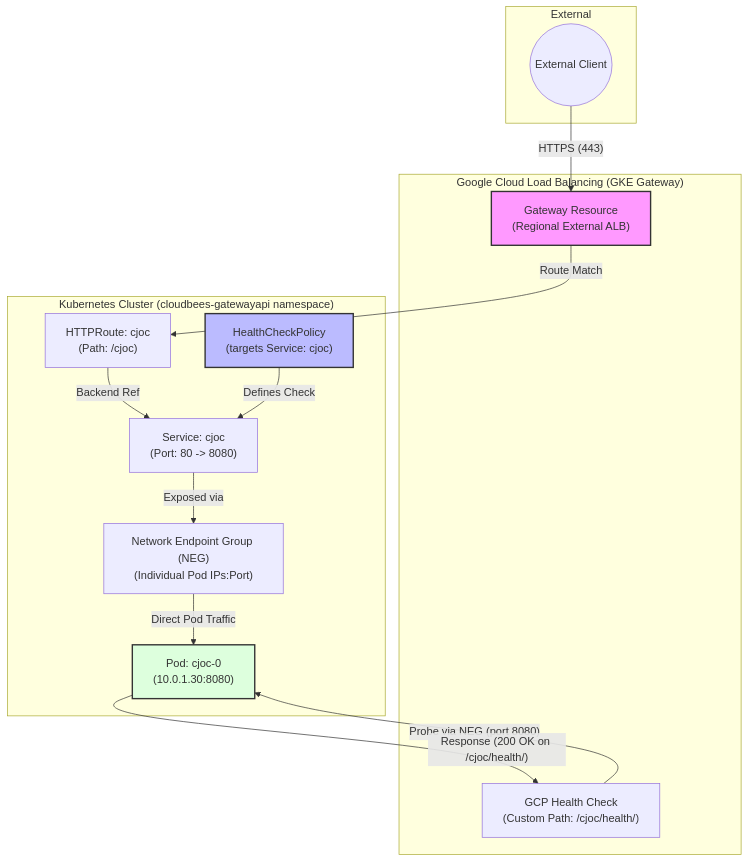
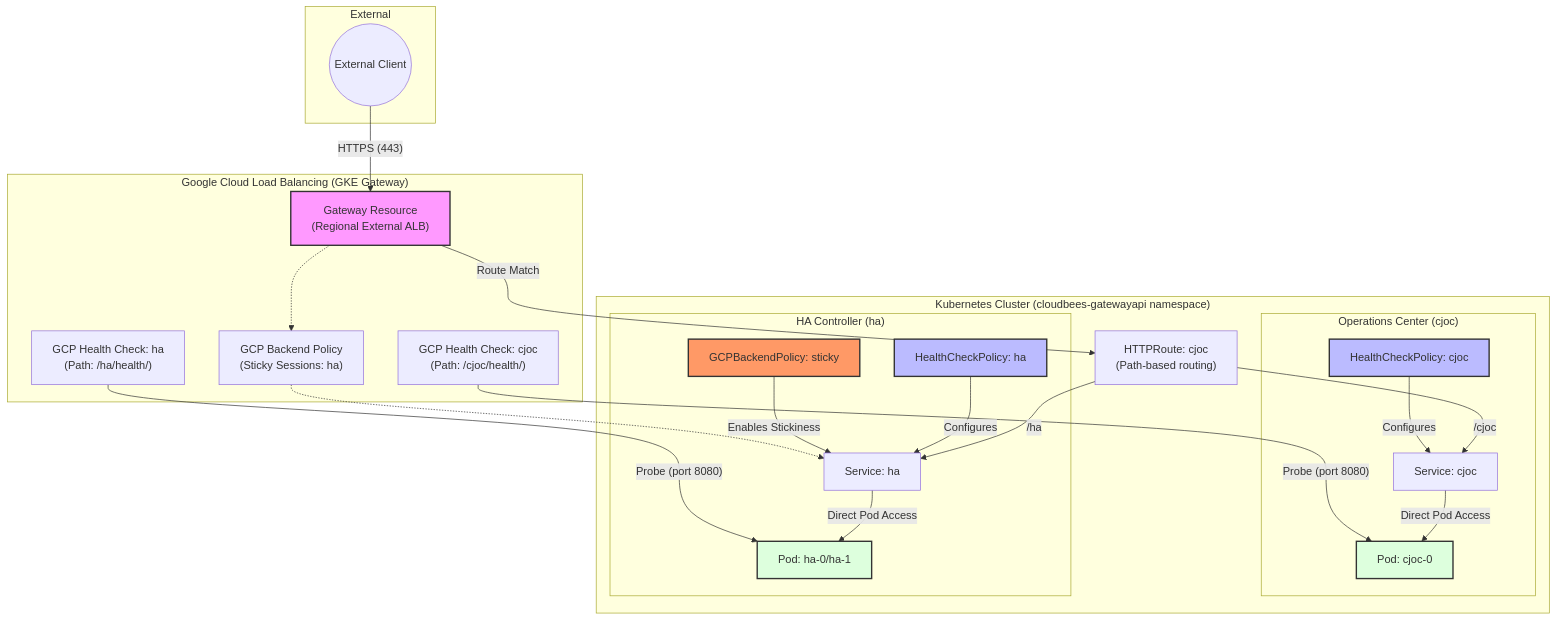
The diagram in DIAGRAM.md (cb-ci/ci-gateway-api), drawn with Mermaid before and after one commit. The commit also changed other lines of this file and 1 other file, not shown here.

````diff
--- a/DIAGRAM.md
+++ b/DIAGRAM.md
@@ -5,33 +5,55 @@
 ```mermaid
 graph TD
     subgraph External
         Client(("External Client"))
     end
 
     subgraph "Google Cloud Load Balancing (GKE Gateway)"
         Gateway["Gateway Resource<br/>(Regional External ALB)"]
-        HC["GCP Health Check<br/>(Custom Path: /cjoc/health/)"]
+        HC_CJOC["GCP Health Check: cjoc<br/>(Path: /cjoc/health/)"]
+        HC_HA["GCP Health Check: ha<br/>(Path: /ha/health/)"]
+        Sticky["GCP Backend Policy<br/>(Sticky Sessions: ha)"]
     end
 
     subgraph "Kubernetes Cluster (cloudbees-gatewayapi namespace)"
-        HTTPRoute["HTTPRoute: cjoc<br/>(Path: /cjoc)"]
-        Service["Service: cjoc<br/>(Port: 80 -> 8080)"]
-        HCPolicy["HealthCheckPolicy<br/>(targets Service: cjoc)"]
-        NEG["Network Endpoint Group (NEG)<br/>(Individual Pod IPs:Port)"]
-        Pod1["Pod: cjoc-0<br/>(10.0.1.30:8080)"]
+        HTTPRoute["HTTPRoute: cjoc<br/>(Path-based routing)"]
+        
+        subgraph "Operations Center (cjoc)"
+            Svc_CJOC["Service: cjoc"]
+            HCP_CJOC["HealthCheckPolicy: cjoc"]
+            Pod_CJOC["Pod: cjoc-0"]
+        end
+
+        subgraph "HA Controller (ha)"
+            Svc_HA["Service: ha"]
+            HCP_HA["HealthCheckPolicy: ha"]
+            GBP_HA["GCPBackendPolicy: sticky"]
+            Pod_HA["Pod: ha-0/ha-1"]
+        end
     end
 
     Client -- "HTTPS (443)" --> Gateway
     Gateway -- "Route Match" --> HTTPRoute
-    HTTPRoute -- "Backend Ref" --> Service
-    Service -- "Exposed via" --> NEG
-    NEG -- "Direct Pod Traffic" --> Pod1
+    HTTPRoute -- "/cjoc" --> Svc_CJOC
+    HTTPRoute -- "/ha" --> Svc_HA
 
-    HCPolicy -- "Defines Check" --> Service
-    HC -- "Probe via NEG (port 8080)" --> Pod1
-    Pod1 -- "Response (200 OK on /cjoc/health/)" --> HC
+    Svc_CJOC -- "Direct Pod Access" --> Pod_CJOC
+    Svc_HA -- "Direct Pod Access" --> Pod_HA
+
+    HCP_CJOC -- "Configures" --> Svc_CJOC
+    HCP_HA -- "Configures" --> Svc_HA
+    GBP_HA -- "Enables Stickiness" --> Svc_HA
+
+    HC_CJOC -- "Probe (port 8080)" --> Pod_CJOC
+    HC_HA -- "Probe (port 8080)" --> Pod_HA
+    
+    Gateway -.-> Sticky
+    Sticky -.-> Svc_HA
 
     style Gateway fill:#f9f,stroke:#333,stroke-width:2px
-    style HCPolicy fill:#bbf,stroke:#333,stroke-width:2px
-    style Pod1 fill:#dfd,stroke:#333,stroke-width:2px
+    style HCP_CJOC fill:#bbf,stroke:#333,stroke-width:2px
+    style HCP_HA fill:#bbf,stroke:#333,stroke-width:2px
+    style GBP_HA fill:#f96,stroke:#333,stroke-width:2px
+    style Pod_CJOC fill:#dfd,stroke:#333,stroke-width:2px
+    style Pod_HA fill:#dfd,stroke:#333,stroke-width:2px
 ```
````
